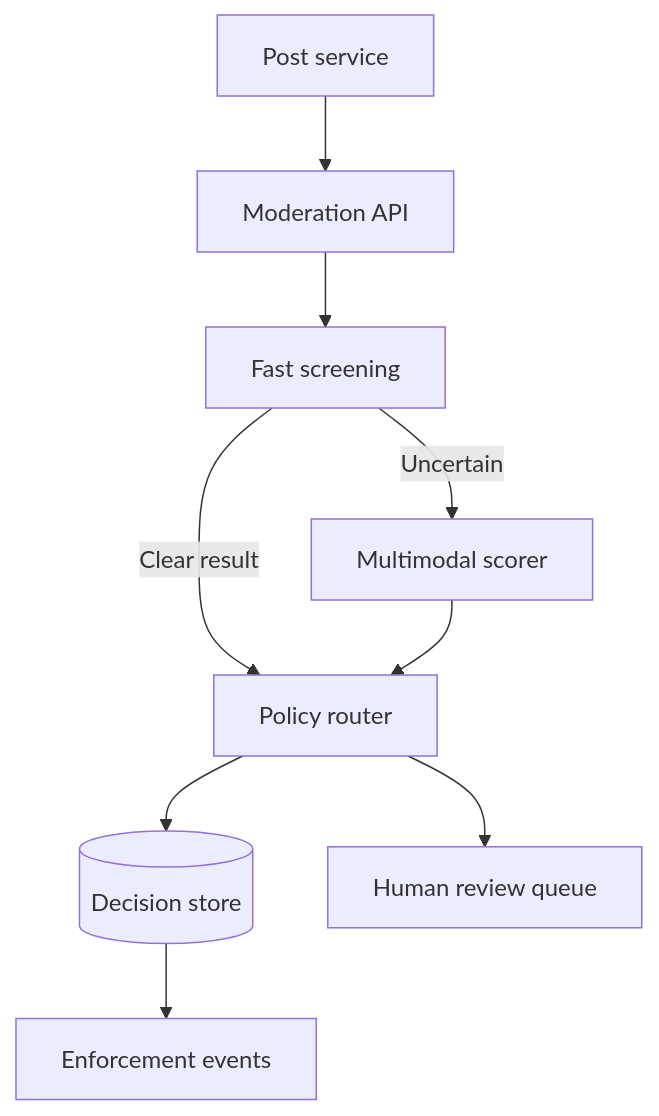
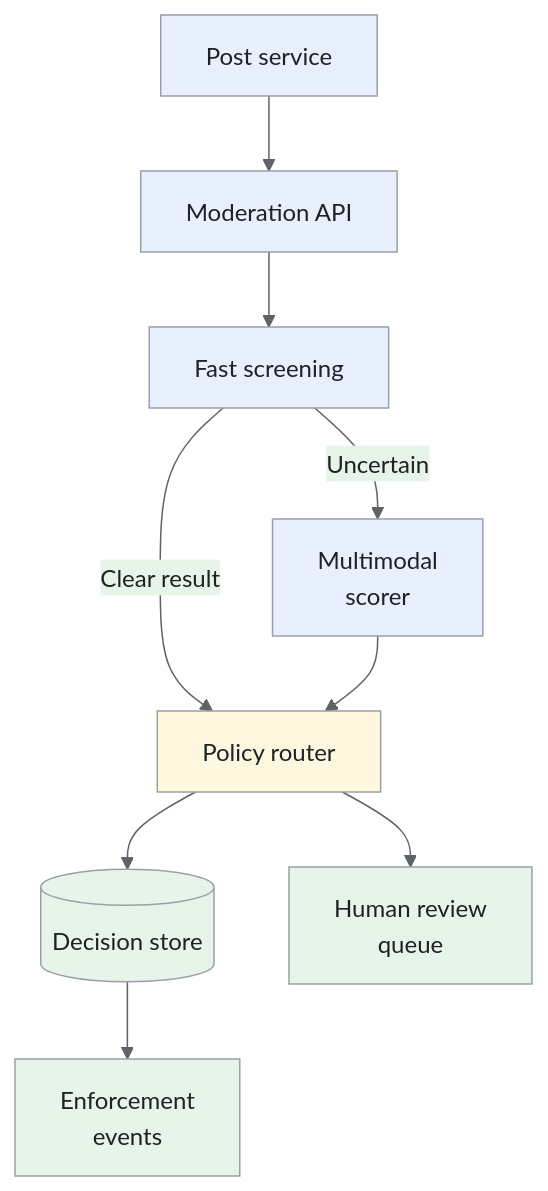
One commit to iliazlobin/iliazlobin.github.io changed the first of 4 diagrams in _designs/harmful-content-detection.md. Above: the diagram before and after it, drawn with Mermaid. The commit also changed other lines of this file and 131 other files, not shown here.

````diff
--- a/_designs/harmful-content-detection.md
+++ b/_designs/harmful-content-detection.md
@@ -133,11 +135,19 @@
 ```mermaid
+%%{init: {'theme':'base','themeVariables':{'primaryColor':'#e8f0fe','primaryTextColor':'#202124','primaryBorderColor':'#9aa0a6','lineColor':'#5f6368','secondaryColor':'#e6f4ea','tertiaryColor':'#fef7e0','actorBkg':'#e8f0fe','actorBorder':'#9aa0a6','actorTextColor':'#202124','noteBkgColor':'#fef7e0','noteTextColor':'#202124','noteBorderColor':'#9aa0a6','signalColor':'#5f6368','signalTextColor':'#202124','labelBoxBkgColor':'#fef7e0','labelBoxBorderColor':'#9aa0a6'}}}%%
 flowchart TB
     P["Post service"] --> API["Moderation API"]
     API --> SCREEN["Fast screening"]
-    SCREEN -->|"Uncertain"| MODEL["Multimodal scorer"]
+    SCREEN -->|"Uncertain"| MODEL["Multimodal<br>scorer"]
     SCREEN -->|"Clear result"| POLICY["Policy router"]
     MODEL --> POLICY
     POLICY --> D[("Decision store")]
-    POLICY --> REVIEW["Human review queue"]
-    D --> EVENTS["Enforcement events"]
+    POLICY --> REVIEW["Human review<br>queue"]
+    D --> EVENTS["Enforcement<br>events"]
+classDef request fill:#e8f0fe,stroke:#9aa0a6,color:#202124;
+classDef data fill:#e6f4ea,stroke:#9aa0a6,color:#202124;
+classDef control fill:#fef7e0,stroke:#9aa0a6,color:#202124;
+class P,API,SCREEN,MODEL request;
+class D,REVIEW,EVENTS data;
+class POLICY control;
+
 ```
````
